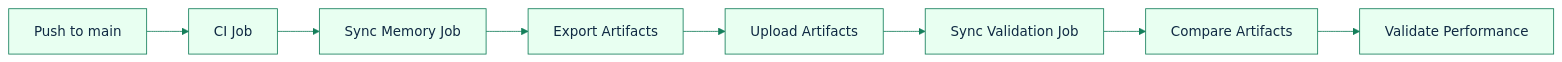
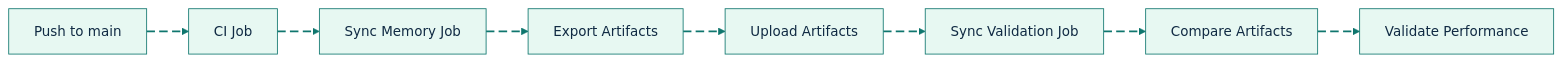
The diagram in docs/ci-memory-sync.md (GlitterKill/sdl-mcp), drawn with Mermaid before and after one commit. The commit also changed 33 other files, not shown here.

First line of the commit message:
docs: update mermaid diagram themes and styling across documentation

````diff
--- a/docs/ci-memory-sync.md
+++ b/docs/ci-memory-sync.md
@@ -41,11 +41,20 @@
 ```mermaid
-%%{init: {"theme":"base","themeVariables":{"primaryColor":"#e8fff1","primaryBorderColor":"#157f5b","primaryTextColor":"#102a43","secondaryColor":"#eef6ff","secondaryBorderColor":"#2563eb","tertiaryColor":"#fff4d6","tertiaryBorderColor":"#b45309","lineColor":"#157f5b","fontFamily":"Trebuchet MS, Arial"},"flowchart":{"curve":"basis"}}}%%
+%%{init: {"theme":"base","themeVariables":{"background":"#ffffff","primaryColor":"#E7F8F2","primaryBorderColor":"#0F766E","primaryTextColor":"#102A43","secondaryColor":"#E8F1FF","secondaryBorderColor":"#2563EB","secondaryTextColor":"#102A43","tertiaryColor":"#FFF4D6","tertiaryBorderColor":"#B45309","tertiaryTextColor":"#102A43","lineColor":"#0F766E","textColor":"#102A43","fontFamily":"Inter, ui-sans-serif, system-ui, -apple-system, BlinkMacSystemFont, Segoe UI, sans-serif"},"flowchart":{"curve":"basis","htmlLabels":true}}}%%
 graph LR
-    A[Push to main] --> B[CI Job]
-    B --> C[Sync Memory Job]
-    C --> D[Export Artifacts]
-    D --> E[Upload Artifacts]
-    E --> F[Sync Validation Job]
-    F --> G[Compare Artifacts]
-    G --> H[Validate Performance]
+    A[Push to main] e1@--> B[CI Job]
+    B e2@--> C[Sync Memory Job]
+    C e3@--> D[Export Artifacts]
+    D e4@--> E[Upload Artifacts]
+    E e5@--> F[Sync Validation Job]
+    F e6@--> G[Compare Artifacts]
+    G e7@--> H[Validate Performance]
+
+    classDef source fill:#E7F8F2,stroke:#0F766E,stroke-width:2px,color:#102A43;
+    classDef process fill:#E8F1FF,stroke:#2563EB,stroke-width:2px,color:#102A43;
+    classDef decision fill:#FFF4D6,stroke:#B45309,stroke-width:2px,color:#102A43;
+    classDef storage fill:#F2E8FF,stroke:#7C3AED,stroke-width:2px,color:#102A43;
+    classDef output fill:#FFE8EF,stroke:#BE123C,stroke-width:2px,color:#102A43;
+    classDef muted fill:#F8FAFC,stroke:#64748B,stroke-width:1px,color:#102A43;
+    classDef animate stroke:#0F766E,stroke-width:2px,stroke-dasharray:10\,5,stroke-dashoffset:900,animation:dash 22s linear infinite;
+    class e1,e2,e3,e4,e5,e6,e7 animate;
 ```
````
